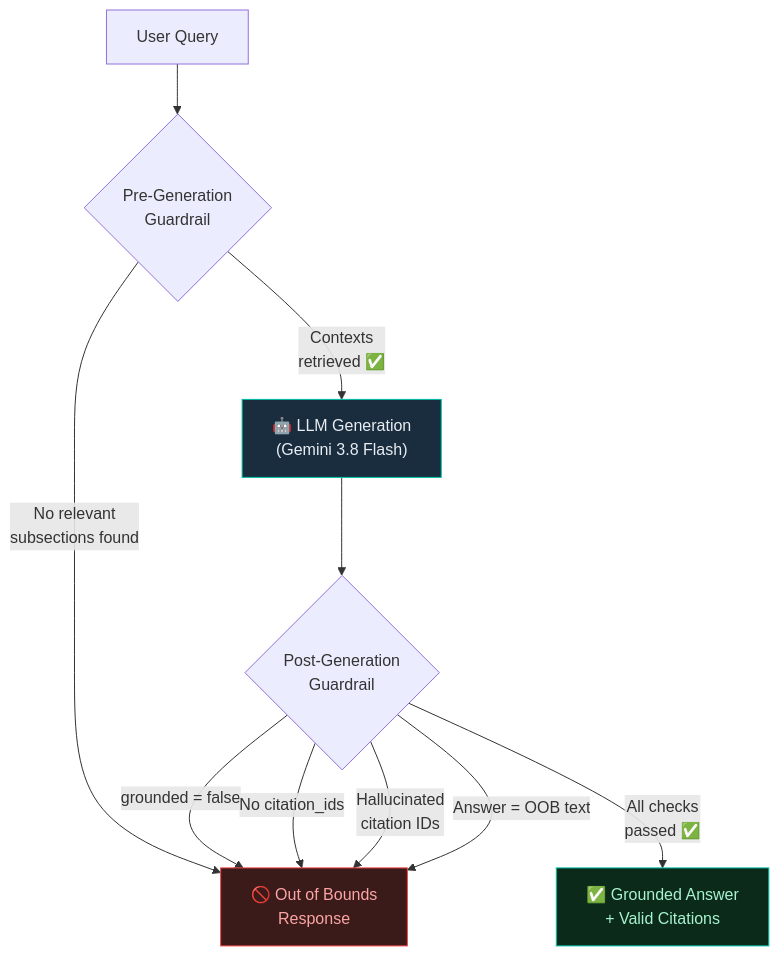
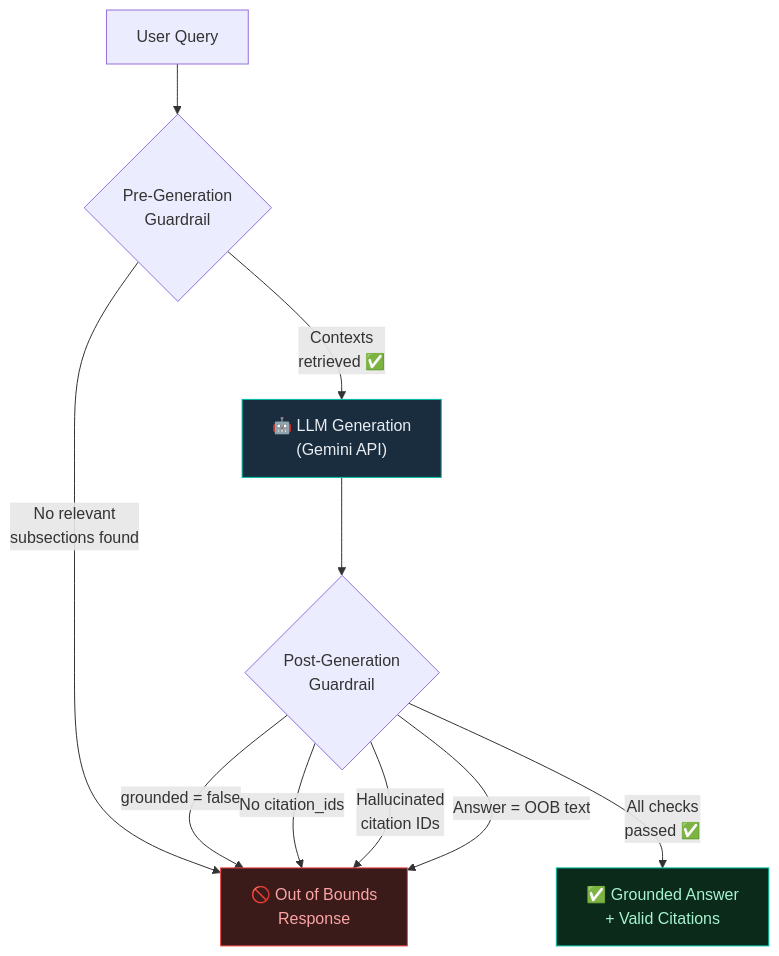
The fourth of 5 diagrams in README.md (WaqarMoid/vectorless-rag-bot_subsection_wise), drawn with Mermaid before and after one commit. The commit also changed other lines of this file and 8 other files, not shown here.

````diff
--- a/README.md
+++ b/README.md
@@ -171,19 +171,19 @@
 ```mermaid
 flowchart TB
     Q["User Query"] --> PRE{"Pre-Generation<br/>Guardrail"}
 
     PRE -->|"No relevant<br/>subsections found"| REFUSE["🚫 Out of Bounds<br/>Response"]
-    PRE -->|"Contexts<br/>retrieved ✅"| GEN["🤖 LLM Generation<br/>(Gemini 3.8 Flash)"]
+    PRE -->|"Contexts<br/>retrieved ✅"| GEN["🤖 LLM Generation<br/>(Gemini API)"]
 
     GEN --> POST{"Post-Generation<br/>Guardrail"}
 
     POST -->|"grounded = false"| REFUSE
     POST -->|"No citation_ids"| REFUSE
     POST -->|"Hallucinated<br/>citation IDs"| REFUSE
     POST -->|"Answer = OOB text"| REFUSE
     POST -->|"All checks<br/>passed ✅"| ANSWER["✅ Grounded Answer<br/>+ Valid Citations"]
 
     style REFUSE fill:#3b1a1a,stroke:#ef4444,color:#fca5a5
     style ANSWER fill:#0c2a1a,stroke:#00c2a8,color:#a7f3d0
     style GEN fill:#1a2d3f,stroke:#00c2a8,color:#e8edf2
 ```
````
